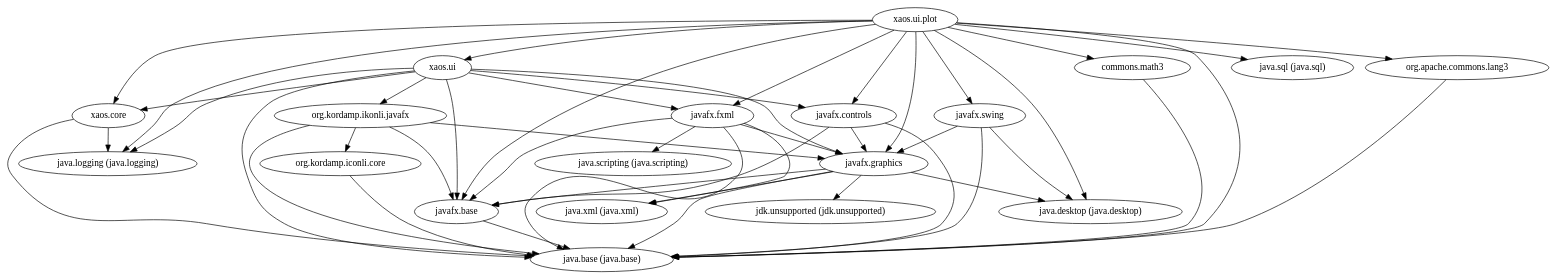
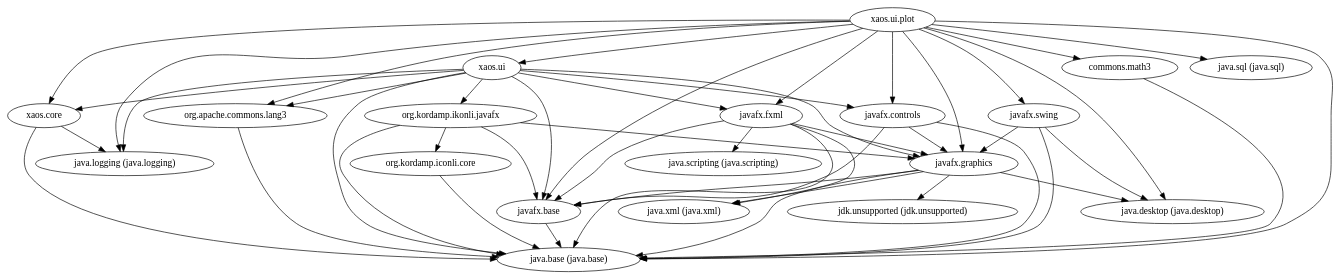
One commit to ESSICS/XAOS changed the diagram in xaos.ui.plot.module/doc/module-dependencies.dot. Above: the diagram before and after it, drawn with Graphviz. The commit also changed 8 other files, not shown here.

```diff
--- a/xaos.ui.plot.module/doc/module-dependencies.dot
+++ b/xaos.ui.plot.module/doc/module-dependencies.dot
@@ -1,49 +1,50 @@
 digraph "summary" {
   "xaos.core"                                        -> "java.base (java.base)";
   "xaos.core"                                        -> "java.logging (java.logging)";
   "org.apache.commons.lang3"                         -> "java.base (java.base)";
   "javafx.graphics"                                  -> "java.base (java.base)";
   "javafx.graphics"                                  -> "java.desktop (java.desktop)";
   "javafx.graphics"                                  -> "java.xml (java.xml)";
   "javafx.graphics"                                  -> "javafx.base";
   "javafx.graphics"                                  -> "jdk.unsupported (jdk.unsupported)";
   "javafx.base"                                      -> "java.base (java.base)";
   "javafx.controls"                                  -> "java.base (java.base)";
   "javafx.controls"                                  -> "javafx.base";
   "javafx.controls"                                  -> "javafx.graphics";
   "xaos.ui"                                          -> "java.base (java.base)";
   "xaos.ui"                                          -> "java.logging (java.logging)";
   "xaos.ui"                                          -> "javafx.base";
   "xaos.ui"                                          -> "javafx.controls";
   "xaos.ui"                                          -> "javafx.fxml";
   "xaos.ui"                                          -> "javafx.graphics";
+  "xaos.ui"                                          -> "org.apache.commons.lang3";
   "xaos.ui"                                          -> "org.kordamp.ikonli.javafx";
   "xaos.ui"                                          -> "xaos.core";
   "org.kordamp.iconli.core"                          -> "java.base (java.base)";
   "xaos.ui.plot"                                     -> "commons.math3";
   "xaos.ui.plot"                                     -> "java.base (java.base)";
   "xaos.ui.plot"                                     -> "java.desktop (java.desktop)";
   "xaos.ui.plot"                                     -> "java.logging (java.logging)";
   "xaos.ui.plot"                                     -> "java.sql (java.sql)";
   "xaos.ui.plot"                                     -> "javafx.base";
   "xaos.ui.plot"                                     -> "javafx.controls";
   "xaos.ui.plot"                                     -> "javafx.fxml";
   "xaos.ui.plot"                                     -> "javafx.graphics";
   "xaos.ui.plot"                                     -> "javafx.swing";
   "xaos.ui.plot"                                     -> "org.apache.commons.lang3";
   "xaos.ui.plot"                                     -> "xaos.core";
   "xaos.ui.plot"                                     -> "xaos.ui";
   "javafx.swing"                                     -> "java.base (java.base)";
   "javafx.swing"                                     -> "java.desktop (java.desktop)";
   "javafx.swing"                                     -> "javafx.graphics";
   "javafx.fxml"                                      -> "java.base (java.base)";
   "javafx.fxml"                                      -> "java.scripting (java.scripting)";
   "javafx.fxml"                                      -> "java.xml (java.xml)";
   "javafx.fxml"                                      -> "javafx.base";
   "javafx.fxml"                                      -> "javafx.graphics";
   "org.kordamp.ikonli.javafx"                        -> "java.base (java.base)";
   "org.kordamp.ikonli.javafx"                        -> "javafx.base";
   "org.kordamp.ikonli.javafx"                        -> "javafx.graphics";
   "org.kordamp.ikonli.javafx"                        -> "org.kordamp.iconli.core";
   "commons.math3"                                    -> "java.base (java.base)";
 }
```
